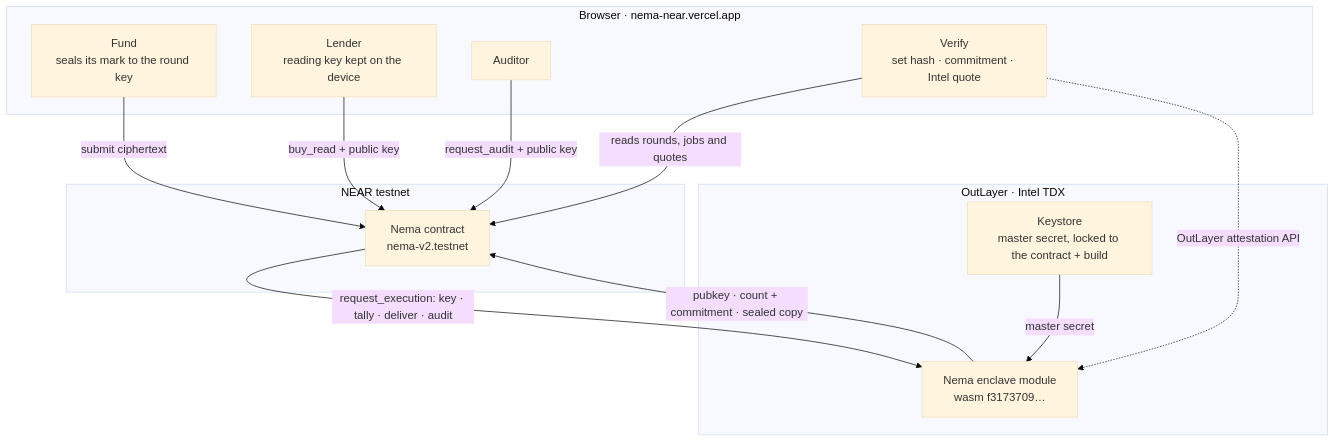
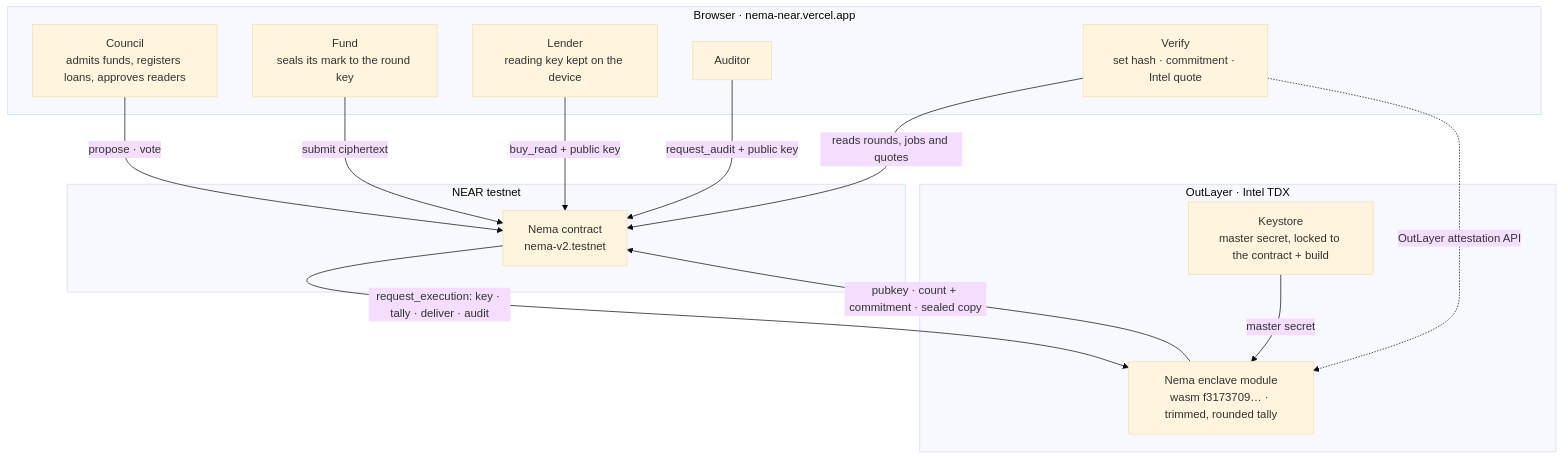
Before and after one commit to Dami904/nema: the first of 3 diagrams in README.md, drawn with Mermaid (base theme). The commit also changed other lines of this file, not shown here.

Commit message:
README: diagrams match v2.1 (council, loan vote, 5% council share, CloseFailed below the minimum); a visible demo video spot

````diff
--- a/README.md
+++ b/README.md
@@ -255,25 +261,27 @@
 ```mermaid
 flowchart TD
   subgraph Browser["Browser · nema-near.vercel.app"]
+    G["Council<br/>admits funds, registers loans, approves readers"]
     F["Fund<br/>seals its mark to the round key"]
     L["Lender<br/>reading key kept on the device"]
     A["Auditor"]
     V["Verify<br/>set hash · commitment · Intel quote"]
   end
   subgraph NEAR["NEAR testnet"]
     C["Nema contract<br/>nema-v2.testnet"]
   end
   subgraph OutLayer["OutLayer · Intel TDX"]
-    E["Nema enclave module<br/>wasm f3173709…"]
+    E["Nema enclave module<br/>wasm f3173709… · trimmed, rounded tally"]
     K["Keystore<br/>master secret, locked to the contract + build"]
   end
 
+  G -- "propose · vote" --> C
   F -- "submit ciphertext" --> C
   L -- "buy_read + public key" --> C
   A -- "request_audit + public key" --> C
   C -- "request_execution: key · tally · deliver · audit" --> E
   K -- "master secret" --> E
   E -- "pubkey · count + commitment · sealed copy" --> C
   V -- "reads rounds, jobs and quotes" --> C
   V -. "OutLayer attestation API" .-> E
 ```
````
